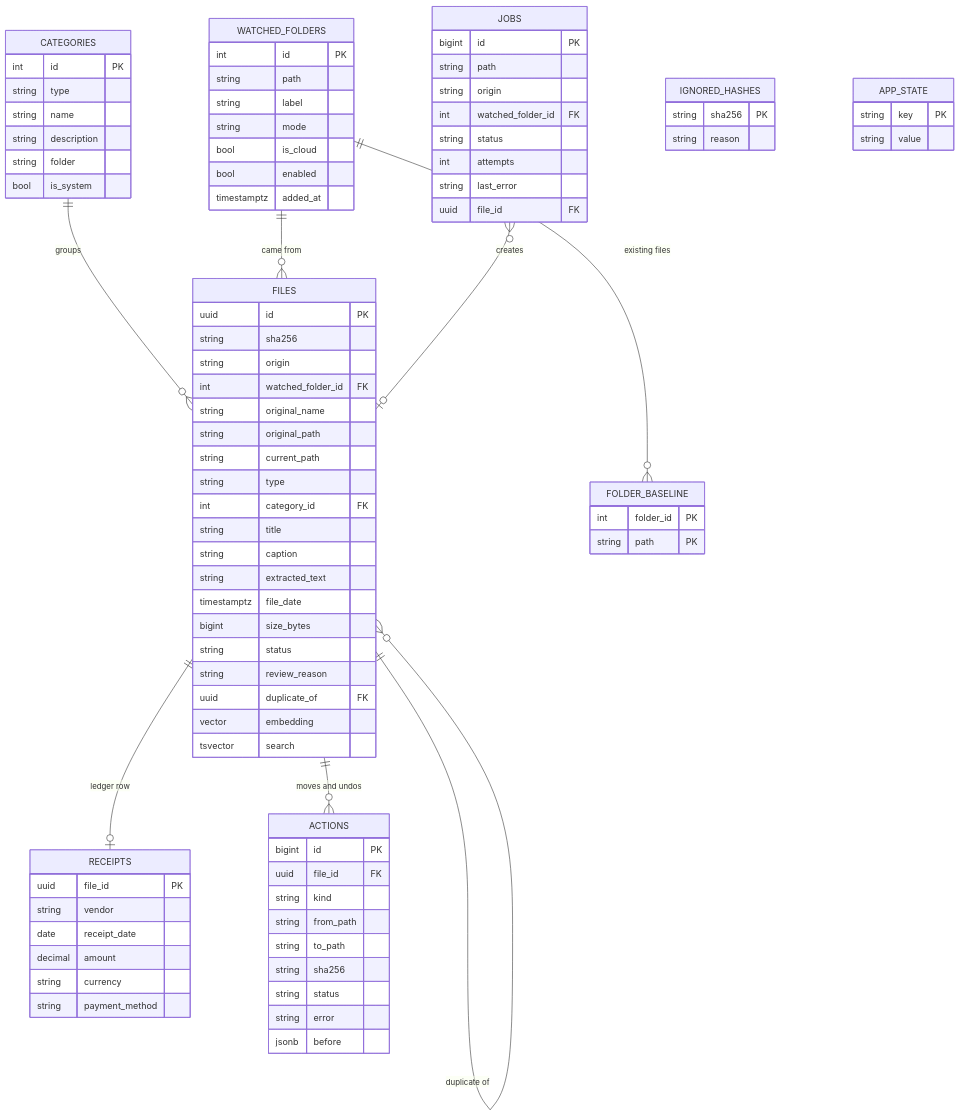
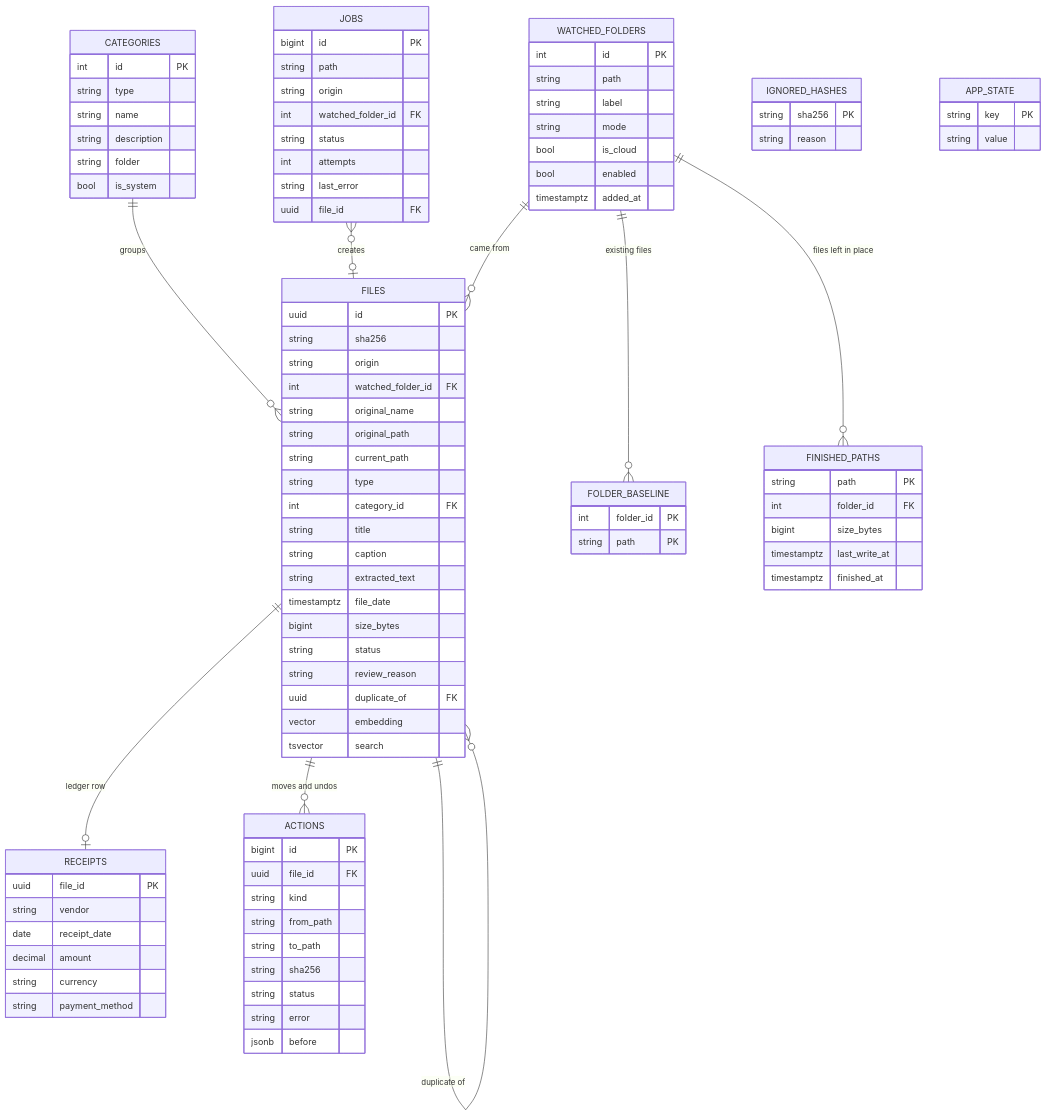
The fourth of 4 diagrams in docs/specs/2026-10-20-slothbox-design.md (AmitSahoo45/slothbox), drawn with Mermaid before and after one commit. The commit also changed other lines of this file and 61 other files, not shown here.

Commit message:
watch folders with sweep, finished paths and tidy; add the categories and receipts API; keep files filed when embedding fails

```diff
--- a/docs/specs/2026-10-20-slothbox-design.md
+++ b/docs/specs/2026-10-20-slothbox-design.md
@@ -806,6 +809,7 @@
     CATEGORIES ||--o{ FILES : groups
     WATCHED_FOLDERS ||--o{ FILES : "came from"
     WATCHED_FOLDERS ||--o{ FOLDER_BASELINE : "existing files"
+    WATCHED_FOLDERS ||--o{ FINISHED_PATHS : "files left in place"
     FILES ||--o| RECEIPTS : "ledger row"
     FILES ||--o{ ACTIONS : "moves and undos"
     FILES ||--o{ FILES : "duplicate of"
@@ -830,6 +834,13 @@
     FOLDER_BASELINE {
         int folder_id PK
         string path PK
+    }
+    FINISHED_PATHS {
+        string path PK
+        int folder_id FK
+        bigint size_bytes
+        timestamptz last_write_at
+        timestamptz finished_at
     }
     FILES {
         uuid id PK
```
